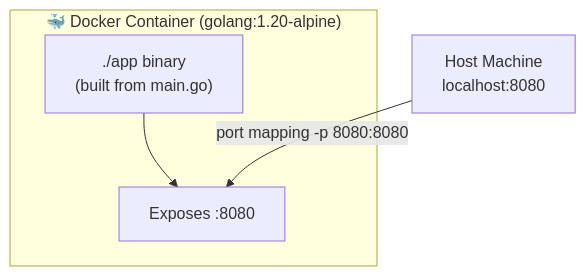
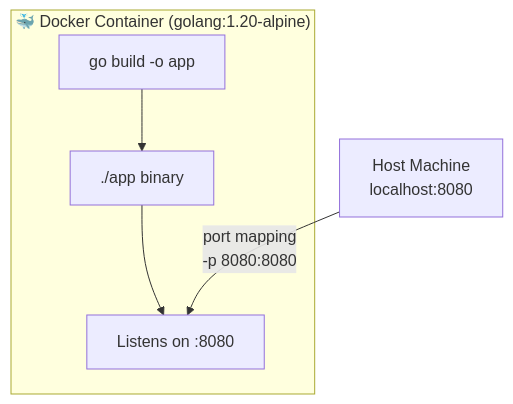
The third of 3 diagrams in README.md (Shivay00001/finance-cbdc-ledger-prototype), drawn with Mermaid before and after one commit. The commit also changed other lines of this file, not shown here.

````diff
--- a/README.md
+++ b/README.md
@@ -67,7 +92,8 @@
 ```mermaid
 flowchart TB
     subgraph Docker["🐳 Docker Container (golang:1.20-alpine)"]
-        App["./app binary<br/>(built from main.go)"] --> Port["Exposes :8080"]
+        Build["go build -o app"] --> App["./app binary"]
+        App --> Port["Listens on :8080"]
     end
-    Host["Host Machine<br/>localhost:8080"] -->|"port mapping -p 8080:8080"| Port
+    Host["Host Machine<br/>localhost:8080"] -->|"port mapping<br/>-p 8080:8080"| Port
 ```
````
